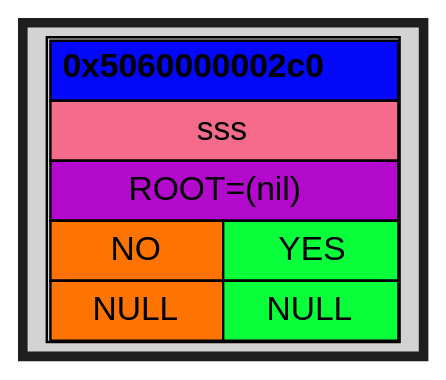
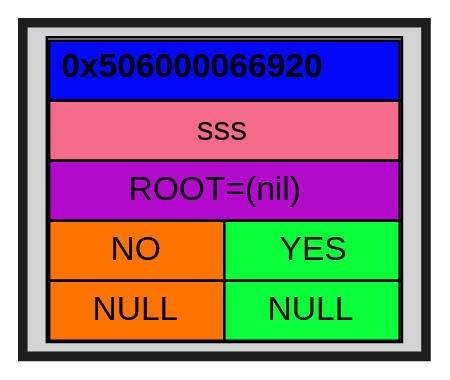
The diagram in DUMPS/DEBUG/graph.dot (Kabuto-Mainer/Akinator), drawn with Graphviz before and after one commit. The commit also changed 75 other files, not shown here.

```diff
--- a/DUMPS/DEBUG/graph.dot
+++ b/DUMPS/DEBUG/graph.dot
@@ -1,23 +1,23 @@
 digraph {
   rankdir=UD;
   bgcolor="#1e1e1e"
   splines=ortho;
   nodesep=0.4;
   ranksep=0.6;
   node [shape=plaintext, style=filled, fontname="Helvetica"];
   edge [arrowhead=vee, arrowsize=0.6, penwidth=1.2];
 
-block_0x5060000002c0 [label=<
+block_0x506000066920 [label=<
 <TABLE CELLSPACING="0" CELLPADDING="4">
-<TR><TD PORT="root" BGCOLOR="#0308f9ff" COLSPAN="2"><B>0x5060000002c0</B></TD></TR>
+<TR><TD PORT="root" BGCOLOR="#0308f9ff" COLSPAN="2"><B>0x506000066920</B></TD></TR>
 <TR><TD BGCOLOR="#f46b8bff" COLSPAN="2">sss</TD></TR>
 <TR><TD BGCOLOR="#b209ccff" COLSPAN="2">ROOT=(nil)</TD></TR>
 <TR><TD BGCOLOR="#ff7301ff">NO</TD><TD BGCOLOR="#08ff3aff">YES</TD></TR>
 <TR>
 <TD PORT="left" BGCOLOR="#ff7301ff">NULL</TD>
 <TD PORT="right" BGCOLOR="#08ff3aff">NULL</TD>
 </TR>
 </TABLE> >];
 
 
 }
```
